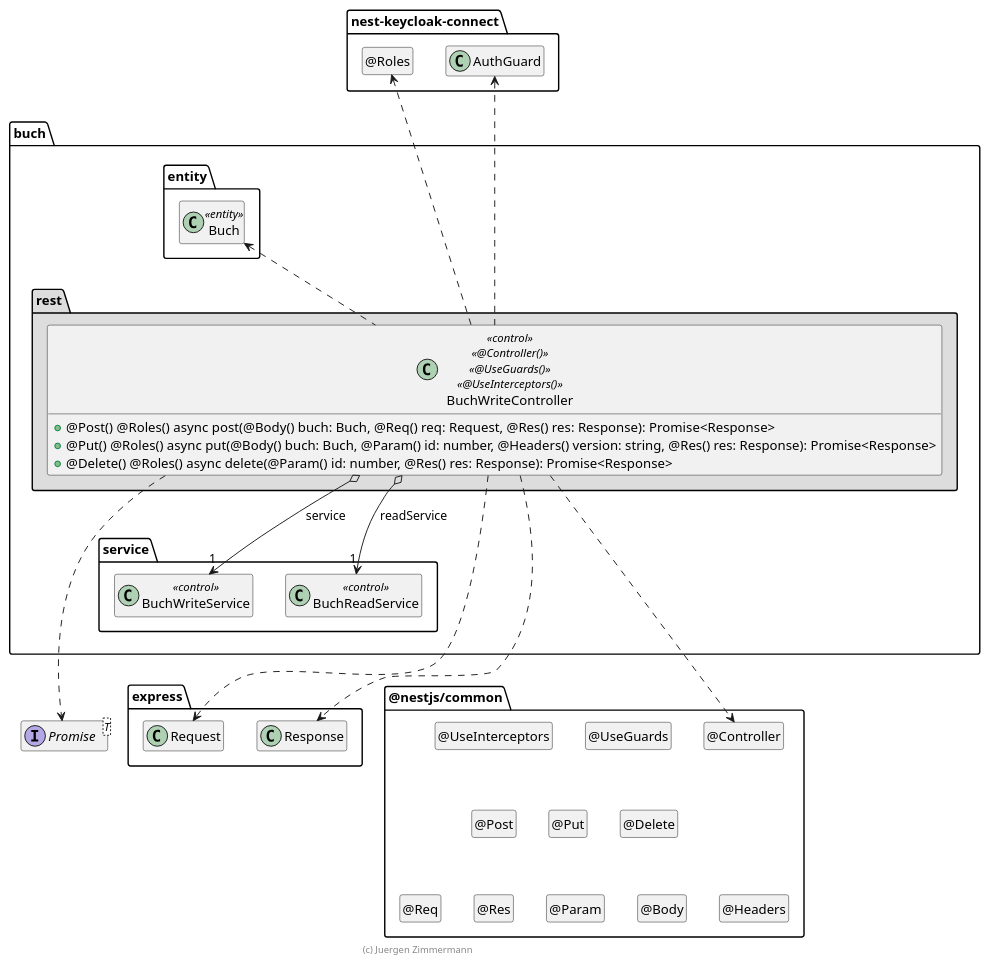
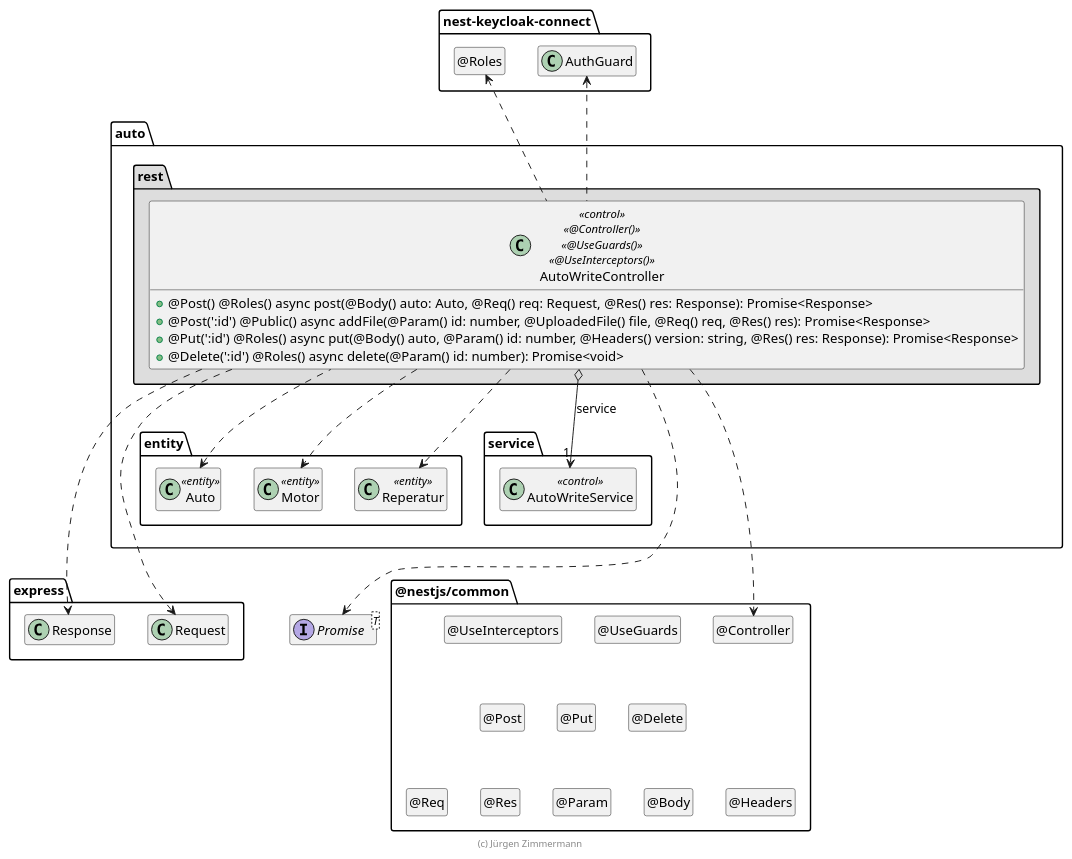
The diagram in .extras/doc/projekthandbuch/BuchWriteController.plantuml (Philipp3857/auto-1), drawn with PlantUML before and after one commit. The commit also changed other lines of this file and 13 other files, not shown here.

Commit message:
Plant-UML

```diff
--- a/.extras/doc/projekthandbuch/BuchWriteController.plantuml
+++ b/.extras/doc/projekthandbuch/BuchWriteController.plantuml
@@ -18,107 +1,110 @@
 @startuml Controller-Klasse
 
 interface Promise<T>
 
 package @nestjs/common {
   class "@Controller" as Controller
   hide Controller circle
 
   class "@UseGuards" as UseGuards
   hide UseGuards circle
 
   class "@UseInterceptors" as UseInterceptors
   hide UseInterceptors circle
 
   class "@Post" as Post
   hide Post circle
 
   class "@Put" as Put
   hide Put circle
 
   class "@Delete" as Delete
   hide Delete circle
 
   class "@Req" as Req
   hide Req circle
 
   class "@Res" as Res
   hide Res circle
 
   class "@Param" as Param
   hide Param circle
 
   class "@Body" as Body
   hide Body circle
 
   class "@Headers" as Headers
   hide Headers circle
 
   UseInterceptors .[hidden].> Post
   UseInterceptors .[hidden].> Put
   UseInterceptors .[hidden].> Delete
 
   Post .[hidden].> Req
   Post .[hidden].> Res
   Post .[hidden].> Param
   Post .[hidden].> Body
   Post .[hidden].> Headers
 }
 
 package nest-keycloak-connect {
   class AuthGuard
 
   class "@Roles" as Roles
   hide Roles circle
 }
 
 package express {
   class Request
   class Response
 
   Response .right[hidden].> Controller
 }
 
-package buch {
+package auto {
   package entity #FFFFFF {
-    class Buch <<entity>>
+    class Auto <<entity>>
+    class Motor <<entity>>
+    class Reperatur <<entity>>
 
-    Buch .[hidden].> Promise
-    Buch .[hidden].> Request
+    Auto .[hidden].> Promise
+    Auto .[hidden].> Request
   }
 
   package service {
-    class BuchWriteService << control >>
-    class BuchReadService << control >>
+    class AutoWriteService << control >>
   }
 
   package rest #DDDDDD {
-    class BuchWriteController << control >> << @Controller() >> << @UseGuards() >> << @UseInterceptors() >> {
-      + @Post() @Roles() async post(@Body() buch: Buch, @Req() req: Request,  @Res() res: Response): Promise<Response>
-      + @Put() @Roles() async put(@Body() buch: Buch, @Param() id: number, @Headers() version: string, @Res() res: Response): Promise<Response>
-      + @Delete() @Roles() async delete(@Param() id: number, @Res() res: Response): Promise<Response>
+    class AutoWriteController << control >> << @Controller() >> << @UseGuards() >> << @UseInterceptors() >> {
+      + @Post() @Roles() async post(@Body() auto: Auto, @Req() req: Request,  @Res() res: Response): Promise<Response>
+      + @Post(':id') @Public() async addFile(@Param() id: number, @UploadedFile() file, @Req() req, @Res() res): Promise<Response>
+      + @Put(':id') @Roles() async put(@Body() auto, @Param() id: number, @Headers() version: string, @Res() res: Response): Promise<Response>
+      + @Delete(':id') @Roles() async delete(@Param() id: number): Promise<void>
     }
 
-    BuchWriteController o--> "1" BuchWriteService : service
-    BuchWriteController o--> "1" BuchReadService : readService
-    BuchWriteController ..up> Buch
+    AutoWriteController o--> "1" AutoWriteService : service
+    AutoWriteController ..up> Auto
+    AutoWriteController ..> Motor
+    AutoWriteController ..> Reperatur
 
-    BuchWriteController ..> Controller
+    AutoWriteController ..> Controller
 
-    BuchWriteController .up.> AuthGuard
-    BuchWriteController .up.> Roles
+    AutoWriteController .up.> AuthGuard
+    AutoWriteController .up.> Roles
 
-    BuchWriteController ..> Request
-    BuchWriteController ..> Response
-    BuchWriteController ..> Promise
+    AutoWriteController ..> Request
+    AutoWriteController ..> Response
+    AutoWriteController ..> Promise
 
-    Buch .up[hidden].> Roles
-    BuchWriteService .[hidden].> Request
-    BuchWriteService .[hidden].> Promise
+    Auto .up[hidden].> Roles
+    AutoWriteService .[hidden].> Request
+    AutoWriteService .[hidden].> Promise
   }
 }
 
 hide empty members
 
-footer (c) Juergen Zimmermann
+footer (c) Jürgen Zimmermann
 
 @enduml
```
